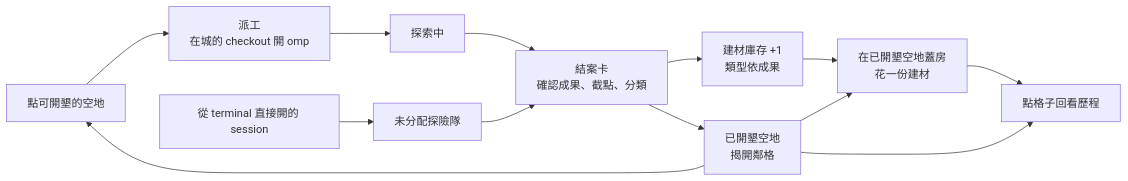
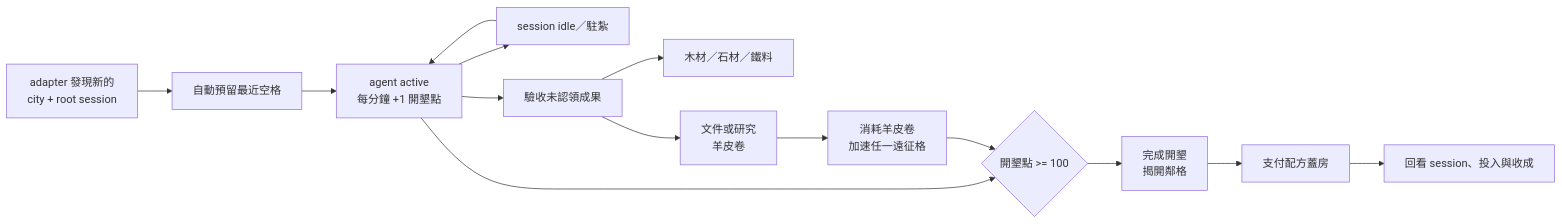
The diagram in docs/proposal.md (kaihg/herdr-reclaim), drawn with Mermaid before and after one commit. The commit also changed other lines of this file and 6 other files, not shown here.

````diff
--- a/docs/proposal.md
+++ b/docs/proposal.md
@@ -62,15 +66,16 @@
 ```mermaid
 flowchart LR
-  Frontier[點可開墾的空地] --> Dispatch[派工<br/>在城的 checkout 開 omp]
-  Outside[從 terminal 直接開的 session] --> Unassigned[未分配探險隊]
-  Dispatch --> Explore[探索中]
-  Explore --> Card[結案卡<br/>確認成果、截點、分類]
-  Unassigned --> Card
-  Card --> Cleared[已開墾空地<br/>揭開鄰格]
-  Card --> Stock[建材庫存 +1<br/>類型依成果]
-  Stock --> Build[在已開墾空地蓋房<br/>花一份建材]
-  Cleared --> Build
-  Cleared --> Frontier
-  Build --> Review[點格子回看歷程]
-  Cleared --> Review
+  Seen[adapter 發現新的<br/>city + root session] --> Reserve[自動預留最近空格]
+  Reserve --> Explore[agent active<br/>每分鐘 +1 開墾點]
+  Explore --> Idle[session idle／駐紮]
+  Idle --> Explore
+  Explore --> Harvest[驗收未認領成果]
+  Harvest --> Material[木材／石材／鐵料]
+  Harvest --> Scroll[文件或研究<br/>羊皮卷]
+  Scroll --> Boost[消耗羊皮卷<br/>加速任一遠征格]
+  Explore --> Ready{開墾點 >= 100}
+  Boost --> Ready
+  Ready --> Cleared[完成開墾<br/>揭開鄰格]
+  Cleared --> Build[支付配方蓋房]
+  Build --> Review[回看 session、投入與收成]
 ```
````
